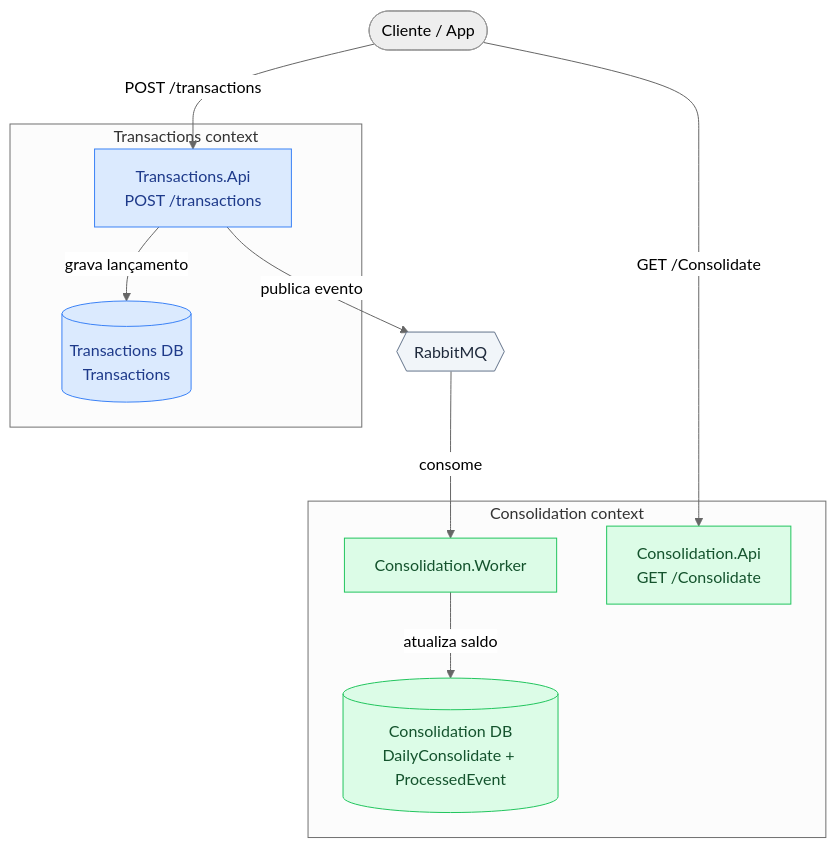
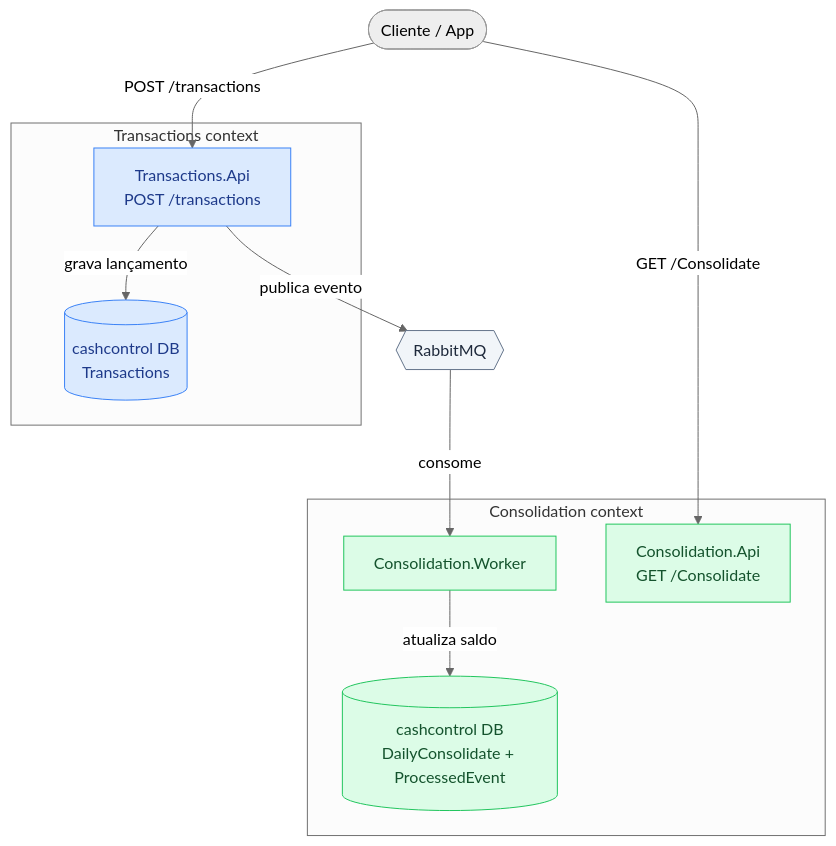
One commit to Sossai/CashControl changed the diagram in README.md. Above: the diagram before and after it, drawn with Mermaid (neutral theme). The commit also changed other lines of this file, not shown here.

````diff
--- a/README.md
+++ b/README.md
@@ -85,34 +87,34 @@
 ```mermaid
 flowchart TD
     Client(["Cliente / App"])
 
     subgraph TX["Transactions context"]
         TxApi["Transactions.Api<br/>POST /transactions"]
-        TxDb[("Transactions DB<br/>Transactions")]
+        TxDb[("cashcontrol DB<br/>Transactions")]
     end
 
     Queue{{"RabbitMQ<br/>"}}
 
     subgraph CONS["Consolidation context"]
         Worker["Consolidation.Worker<br/>"]
-        ConDb[("Consolidation DB<br/>DailyConsolidate + ProcessedEvent")]
+        ConDb[("cashcontrol DB<br/>DailyConsolidate + ProcessedEvent")]
         ConApi["Consolidation.Api<br/>GET /Consolidate"]
     end
 
     Client -->|"POST /transactions"| TxApi
     TxApi -->|"grava lançamento"| TxDb
     TxApi -->|"publica evento"| Queue
     Queue -->|"consome"| Worker
     Worker -->|"atualiza saldo"| ConDb
     Client -->|"GET /Consolidate"| ConApi
 
     classDef blue fill:#dbeafe,stroke:#3b82f6,color:#1e3a8a;
     classDef green fill:#dcfce7,stroke:#22c55e,color:#14532d;
     classDef gray fill:#f1f5f9,stroke:#64748b,color:#1e293b;
     classDef red fill:#fee2e2,stroke:#ef4444,color:#7f1d1d,stroke-dasharray: 4 3;
 
     class TxApi,TxDb,OutboxPub blue
     class Worker,ConDb,Cache,ConApi green
     class Queue gray
 
 ```
````
